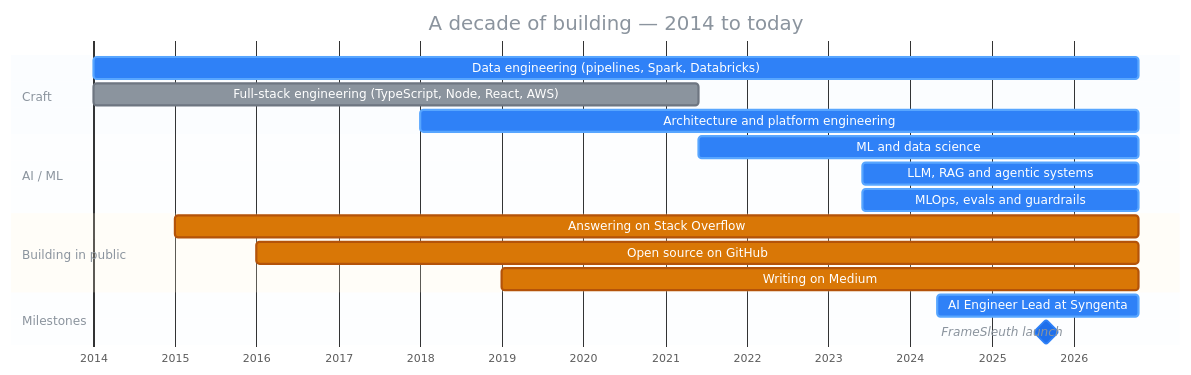
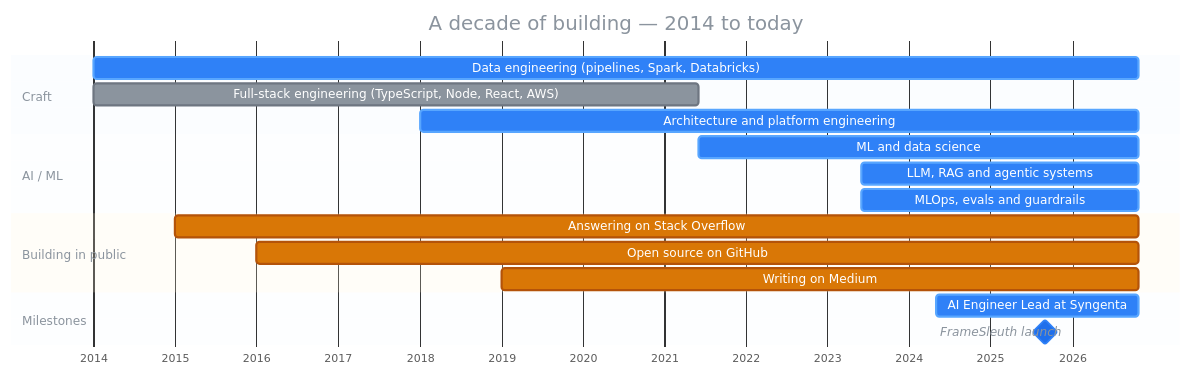
The first of 2 diagrams in README.md (santoshshinde2012/santoshshinde2012), drawn with Mermaid before and after one commit. The commit also changed other lines of this file, not shown here.

Commit message:
chore: refresh shipping summary

````diff
--- a/README.md
+++ b/README.md
@@ -131,27 +130,27 @@
 ```mermaid
 %%{init: {'theme':'base','themeVariables':{'fontFamily':'Fira Code, monospace','taskBkgColor':'#1F6FEB','taskBorderColor':'#2F81F7','activeTaskBkgColor':'#2F81F7','activeTaskBorderColor':'#58A6FF','doneTaskBkgColor':'#8B949E','doneTaskBorderColor':'#6E7681','critBkgColor':'#D97706','critBorderColor':'#B45309','critTextColor':'#ffffff','milestoneBkgColor':'#238636','milestoneBorderColor':'#2EA043','taskTextColor':'#ffffff','taskTextDarkColor':'#ffffff','taskTextLightColor':'#ffffff','taskTextOutsideColor':'#8B949E','gridColor':'#30363D','todayLineColor':'#F85149','titleColor':'#8B949E','sectionBkgColor':'#2F81F714','altSectionBkgColor':'#2F81F70A'}}}%%
 gantt
     title A decade of building — 2014 to today
     dateFormat YYYY-MM-DD
     axisFormat %Y
     tickInterval 1year
 
     section Craft
-    Data engineering (pipelines, Spark, Databricks)      :active, de,   2014-01-01, 2026-10-19
+    Data engineering (pipelines, Spark, Databricks)      :active, de,   2014-01-01, 2026-10-26
     Full-stack engineering (TypeScript, Node, React, AWS) :done,   fs,   2014-01-01, 2021-06-01
-    Architecture and platform engineering                :active, arch, 2018-01-01, 2026-10-19
+    Architecture and platform engineering                :active, arch, 2018-01-01, 2026-10-26
 
     section AI / ML
-    ML and data science                                  :active, ml,   2021-06-01, 2026-10-19
-    LLM, RAG and agentic systems                         :active, llm,  2023-06-01, 2026-10-19
-    MLOps, evals and guardrails                          :active, ops,  2023-06-01, 2026-10-19
+    ML and data science                                  :active, ml,   2021-06-01, 2026-10-26
+    LLM, RAG and agentic systems                         :active, llm,  2023-06-01, 2026-10-26
+    MLOps, evals and guardrails                          :active, ops,  2023-06-01, 2026-10-26
 
     section Building in public
-    Answering on Stack Overflow                          :crit, so,   2015-01-01, 2026-10-19
-    Open source on GitHub                                :crit, gh,   2016-01-01, 2026-10-19
-    Writing on Medium                                    :crit, med,  2019-01-01, 2026-10-19
+    Answering on Stack Overflow                          :crit, so,   2015-01-01, 2026-10-26
+    Open source on GitHub                                :crit, gh,   2016-01-01, 2026-10-26
+    Writing on Medium                                    :crit, med,  2019-01-01, 2026-10-26
 
     section Milestones
-    AI Engineer Lead at Syngenta                         :active,    syn, 2024-05-01, 2026-10-19
+    AI Engineer Lead at Syngenta                         :active,    syn, 2024-05-01, 2026-10-26
     FrameSleuth launch                                   :milestone, fsl, 2025-09-01, 0d
 ```
````
